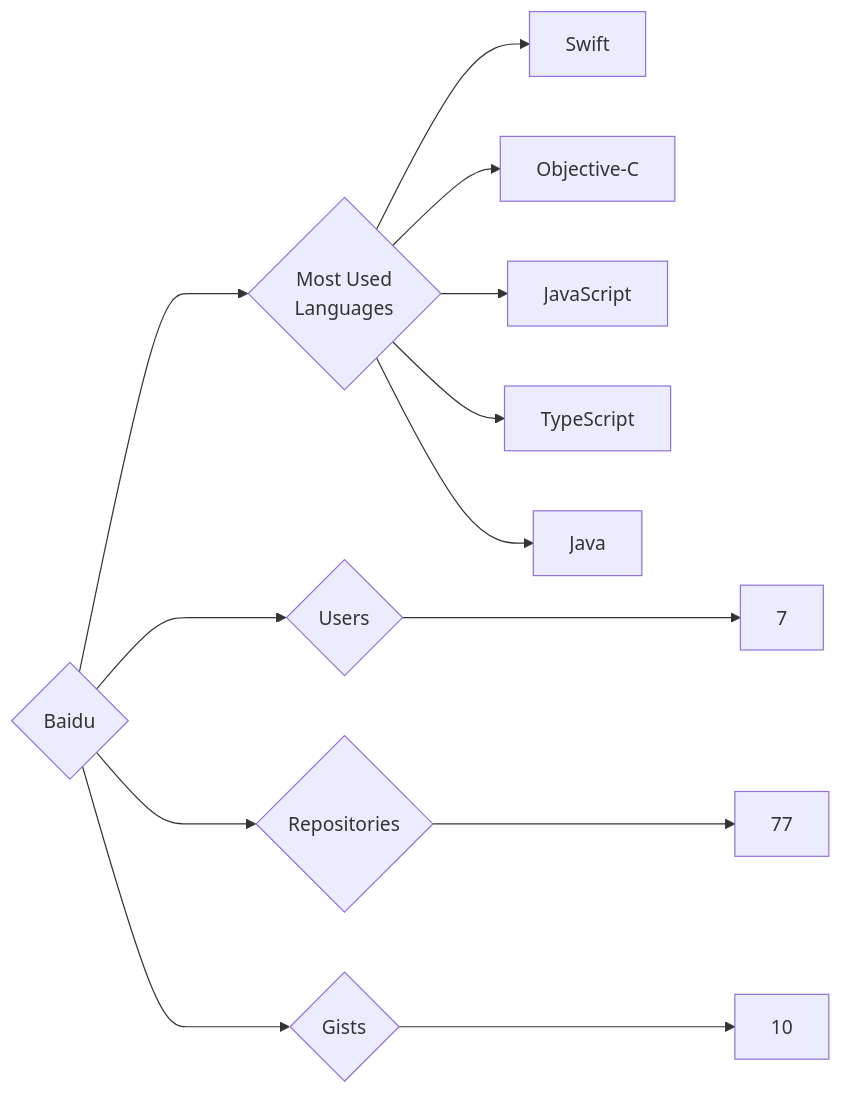
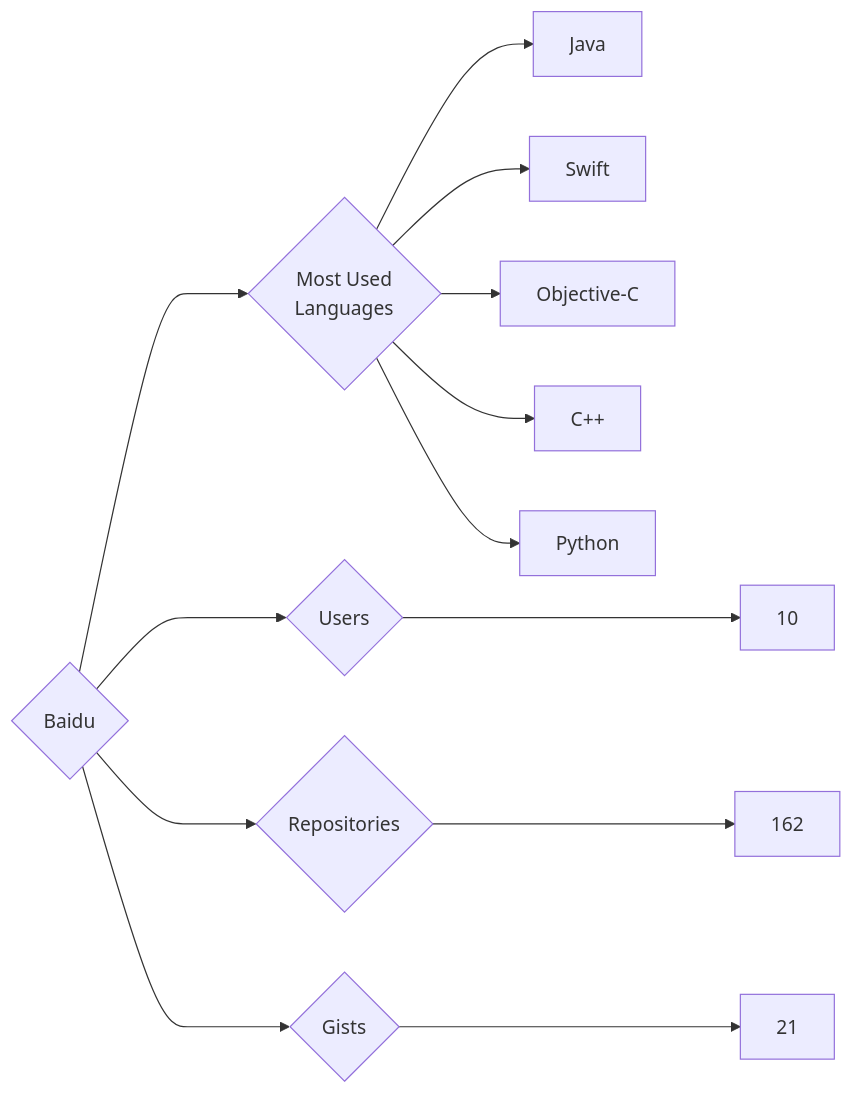
Before and after one commit to trickest/insiders: the diagram in targets/Baidu/README.md, drawn with Mermaid. The commit also changed 1003 other files, not shown here.

````diff
--- a/targets/Baidu/README.md
+++ b/targets/Baidu/README.md
@@ -3,13 +3,13 @@
 ```mermaid
 graph LR
 COMPANY_NAME{Baidu}
-COMPANY_NAME ---> U{Users} ---> UN[7]
-COMPANY_NAME ---> R{Repositories} ---> RN[77]
-COMPANY_NAME ---> G{Gists} ---> GN[10]
+COMPANY_NAME ---> U{Users} ---> UN[10]
+COMPANY_NAME ---> R{Repositories} ---> RN[162]
+COMPANY_NAME ---> G{Gists} ---> GN[21]
 COMPANY_NAME ---> ML{Most Used<br>Languages}
+ML --> Java[Java]
 ML --> Swift[Swift]
 ML --> Objective-C[Objective-C]
-ML --> JavaScript[JavaScript]
-ML --> TypeScript[TypeScript]
-ML --> Java[Java]
+ML --> C++[C++]
+ML --> Python[Python]
 ```
````
